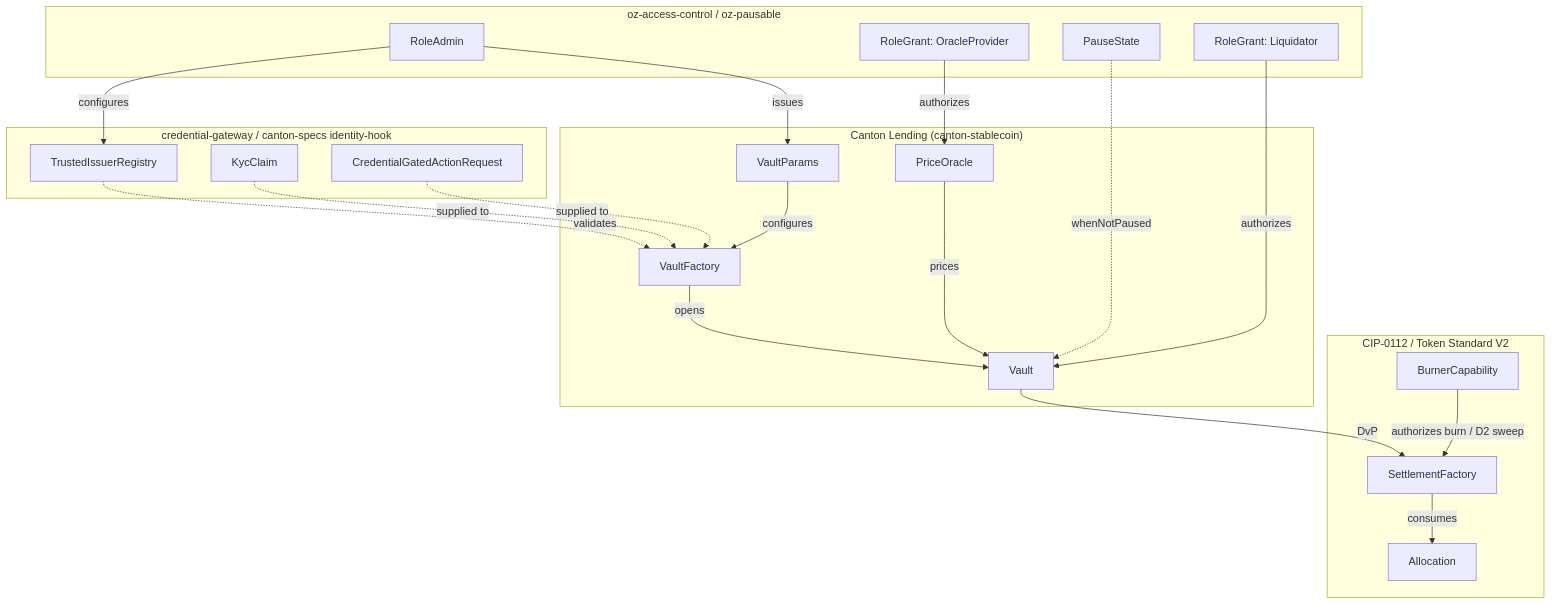
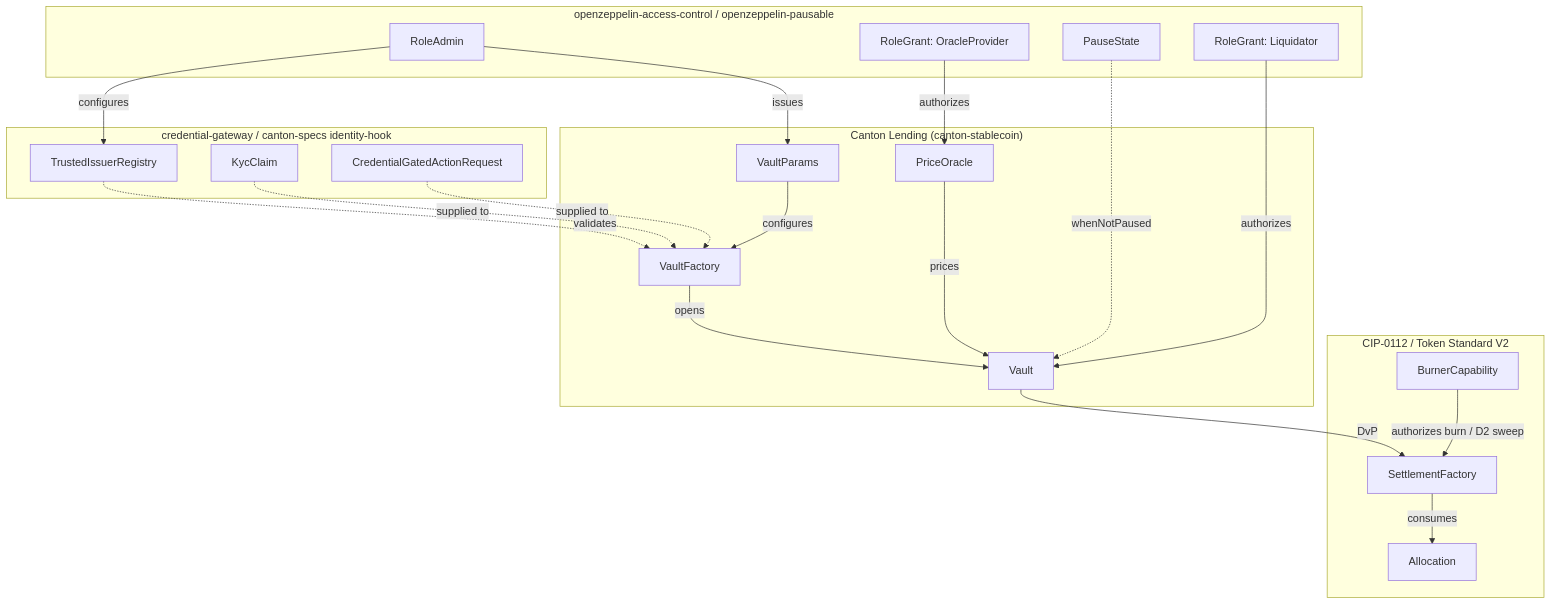
Before and after one commit to OpenZeppelin/canton-specs: the first of 2 diagrams in docs/ri-reports/02-lending.md, drawn with Mermaid. The commit also changed other lines of this file and 35 other files, not shown here.

````diff
--- a/docs/ri-reports/02-lending.md
+++ b/docs/ri-reports/02-lending.md
@@ -804,40 +804,40 @@
 ```mermaid
 graph TD
-    subgraph AccessControl["oz-access-control / oz-pausable"]
+    subgraph AccessControl["openzeppelin-access-control / openzeppelin-pausable"]
         RA[RoleAdmin]
         RG_Liq["RoleGrant: Liquidator"]
         RG_Oracle["RoleGrant: OracleProvider"]
         PS[PauseState]
     end
     subgraph Compliance["credential-gateway / canton-specs identity-hook"]
         TIR[TrustedIssuerRegistry]
         KC[KycClaim]
         CGAR[CredentialGatedActionRequest]
     end
     subgraph Core["Canton Lending (canton-stablecoin)"]
         VF[VaultFactory]
         VP[VaultParams]
         PO[PriceOracle]
         V[Vault]
     end
     subgraph Spine["CIP-0112 / Token Standard V2"]
         SF[SettlementFactory]
         AL[Allocation]
         BC[BurnerCapability]
     end
 
     RA -->|issues| VP
     RA -->|configures| TIR
     TIR -.->|validates| VF
     KC -.->|supplied to| VF
     CGAR -.->|supplied to| VF
     VP -->|configures| VF
     VF -->|opens| V
     PO -->|prices| V
     V -->|DvP| SF
     SF -->|consumes| AL
     BC -->|authorizes burn / D2 sweep| SF
     PS -.->|whenNotPaused| V
     RG_Liq -->|authorizes| V
     RG_Oracle -->|authorizes| PO
 ```
````
